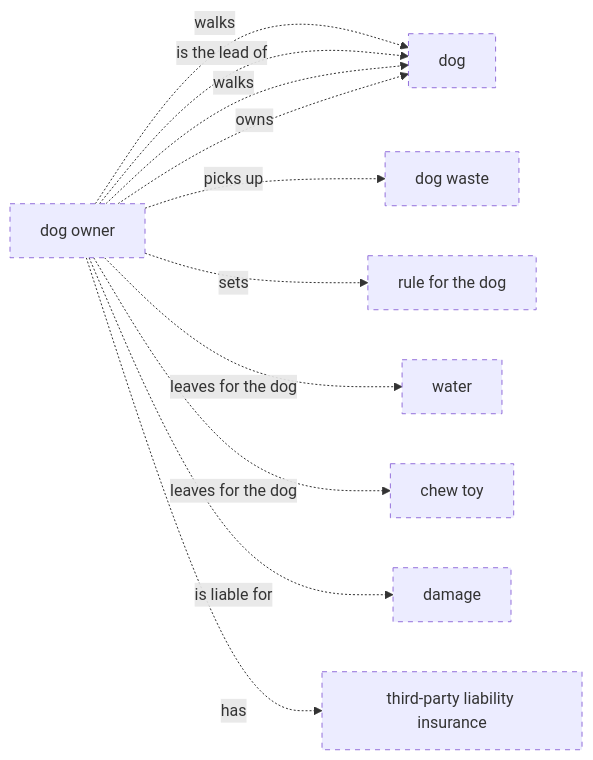
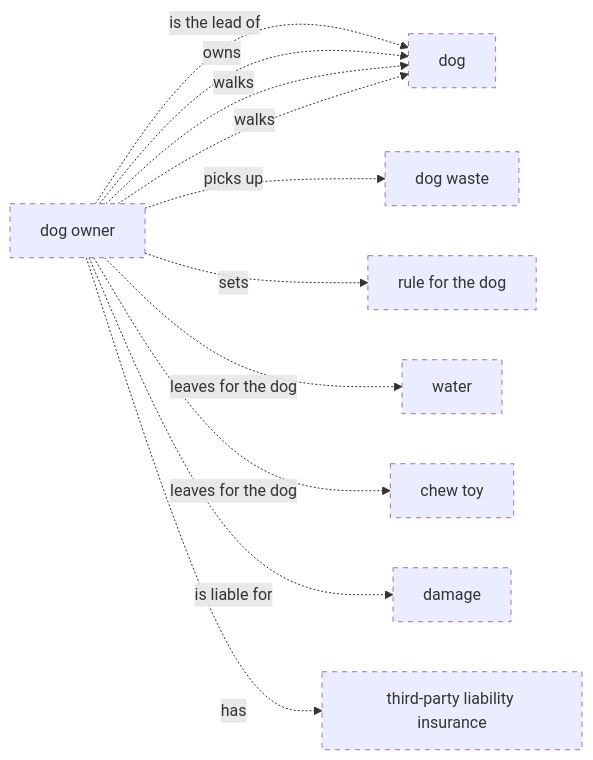
Diagram 26 of 57 in data/ontology-pets-and-house-rules/03_release/00_raw/level-2.md (belaboros/DomainAiAssistant), drawn with Mermaid before and after one commit. The commit also changed other lines of this file and 16 other files, not shown here.

First line of the commit message:
T39 (spec 0002): level diagrams near 16:9, is-a edges in relation diagrams

````diff
--- a/data/ontology-pets-and-house-rules/03_release/00_raw/level-2.md
+++ b/data/ontology-pets-and-house-rules/03_release/00_raw/level-2.md
@@ -467,23 +497,23 @@
 ```mermaid
 flowchart LR
     classDef draft stroke-dasharray: 5 5
     cn_01M82GSR24145KC6KF8V0HWF9K["chew toy"]
     cn_01M82GV0DCSP2BSTQA19ENCPJ1["damage"]
     cn_01M82GJP3CRKNX3DNJZDNANDWM["dog"]
     cn_01M82GR8C6YNAW05QP8GX3MF7P["dog owner"]
     cn_01M82GQHZCWYDZ4FY134N19HRE["dog waste"]
     cn_01M82GR8C6YNAW05QP8GX3MF7T["rule for the dog"]
     cn_01M82GV0DCSP2BSTQA19ENCPJ2["third-party liability insurance"]
     cn_01M82GSR24145KC6KF8V0HWF9J["water"]
+    cn_01M82GR8C6YNAW05QP8GX3MF7P -. "is the lead of" .-> cn_01M82GJP3CRKNX3DNJZDNANDWM
+    cn_01M82GR8C6YNAW05QP8GX3MF7P -. "owns" .-> cn_01M82GJP3CRKNX3DNJZDNANDWM
     cn_01M82GR8C6YNAW05QP8GX3MF7P -. "walks" .-> cn_01M82GJP3CRKNX3DNJZDNANDWM
-    cn_01M82GR8C6YNAW05QP8GX3MF7P -. "is the lead of" .-> cn_01M82GJP3CRKNX3DNJZDNANDWM
     cn_01M82GR8C6YNAW05QP8GX3MF7P -. "walks" .-> cn_01M82GJP3CRKNX3DNJZDNANDWM
-    cn_01M82GR8C6YNAW05QP8GX3MF7P -. "owns" .-> cn_01M82GJP3CRKNX3DNJZDNANDWM
     cn_01M82GR8C6YNAW05QP8GX3MF7P -. "picks up" .-> cn_01M82GQHZCWYDZ4FY134N19HRE
     cn_01M82GR8C6YNAW05QP8GX3MF7P -. "sets" .-> cn_01M82GR8C6YNAW05QP8GX3MF7T
     cn_01M82GR8C6YNAW05QP8GX3MF7P -. "leaves for the dog" .-> cn_01M82GSR24145KC6KF8V0HWF9J
     cn_01M82GR8C6YNAW05QP8GX3MF7P -. "leaves for the dog" .-> cn_01M82GSR24145KC6KF8V0HWF9K
     cn_01M82GR8C6YNAW05QP8GX3MF7P -. "is liable for" .-> cn_01M82GV0DCSP2BSTQA19ENCPJ1
     cn_01M82GR8C6YNAW05QP8GX3MF7P -. "has" .-> cn_01M82GV0DCSP2BSTQA19ENCPJ2
     class cn_01M82GSR24145KC6KF8V0HWF9K,cn_01M82GV0DCSP2BSTQA19ENCPJ1,cn_01M82GJP3CRKNX3DNJZDNANDWM,cn_01M82GR8C6YNAW05QP8GX3MF7P,cn_01M82GQHZCWYDZ4FY134N19HRE,cn_01M82GR8C6YNAW05QP8GX3MF7T,cn_01M82GV0DCSP2BSTQA19ENCPJ2,cn_01M82GSR24145KC6KF8V0HWF9J draft
 ```
````
